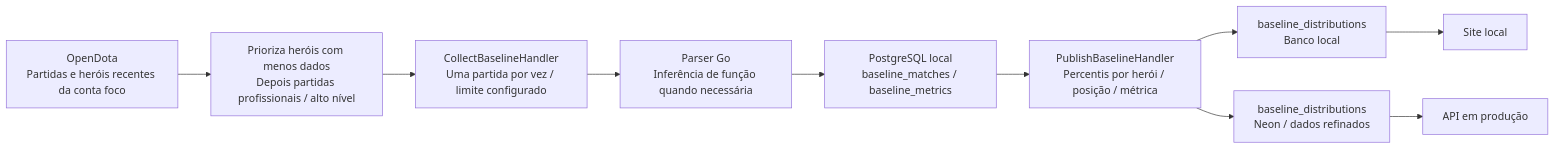
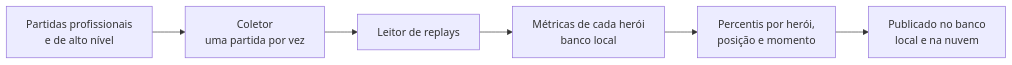
Before and after one commit to andreomorg/dota_analyst: the seventh of 9 diagrams in README.md, drawn with Mermaid. The commit also changed other lines of this file and 4 other files, not shown here.

````diff
--- a/README.md
+++ b/README.md
@@ -353,12 +123,8 @@
 ```mermaid
 flowchart LR
-    OD["OpenDota<br/>Partidas e heróis recentes da conta foco"] --> Priority["Prioriza heróis com menos dados<br/>Depois partidas profissionais / alto nível"]
-    Priority --> Collect["CollectBaselineHandler<br/>Uma partida por vez / limite configurado"]
-    Collect --> Parser["Parser Go<br/>Inferência de função quando necessária"]
-    Parser --> Raw["PostgreSQL local<br/>baseline_matches / baseline_metrics"]
-    Raw --> Publish["PublishBaselineHandler<br/>Percentis por herói / posição / métrica"]
-    Publish --> Local["baseline_distributions<br/>Banco local"]
-    Publish --> Neon["baseline_distributions<br/>Neon / dados refinados"]
-    Local --> Site["Site local"]
-    Neon --> Production["API em produção"]
+    Matches["Partidas profissionais<br/>e de alto nível"] --> Collect["Coletor<br/>uma partida por vez"]
+    Collect --> Parse["Leitor de replays"]
+    Parse --> Raw["Métricas de cada herói<br/>banco local"]
+    Raw --> Percentiles["Percentis por herói,<br/>posição e momento"]
+    Percentiles --> Published["Publicado no banco<br/>local e na nuvem"]
 ```
````
